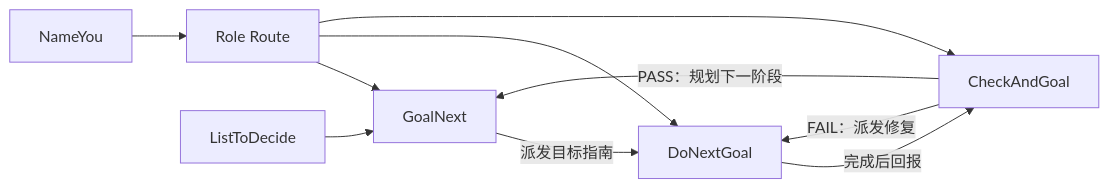
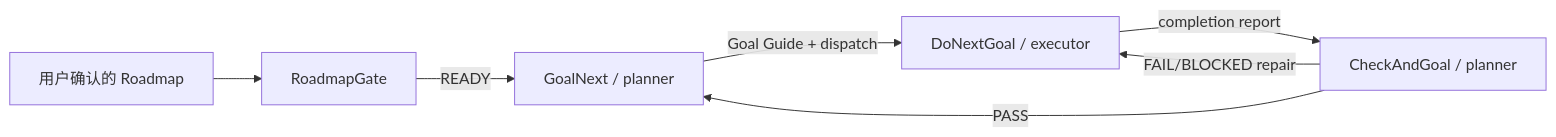
One commit to onovich/goal-next.skill changed the diagram in README.md. Above: the diagram before and after it, drawn with Mermaid. The commit also changed other lines of this file and 23 other files, not shown here.

Commit message:
feat: complete roadmap-gated workflow bundle

````diff
--- a/README.md
+++ b/README.md
@@ -7,12 +126,9 @@
 ```mermaid
 flowchart LR
-  NY["NameYou"] --> RR["Role Route"]
-  LD["ListToDecide"] --> GN["GoalNext"]
-  RR --> GN
-  RR --> DG["DoNextGoal"]
-  RR --> CG["CheckAndGoal"]
-  GN -->|"派发目标指南"| DG
-  DG -->|"完成后回报"| CG
-  CG -->|"PASS：规划下一阶段"| GN
-  CG -->|"FAIL：派发修复"| DG
+  RM["用户确认的 Roadmap"] --> RG["RoadmapGate"]
+  RG -->|"READY"| GN["GoalNext / planner"]
+  GN -->|"Goal Guide + dispatch"| DG["DoNextGoal / executor"]
+  DG -->|"completion report"| CG["CheckAndGoal / planner"]
+  CG -->|"PASS"| GN
+  CG -->|"FAIL/BLOCKED repair"| DG
 ```
````
